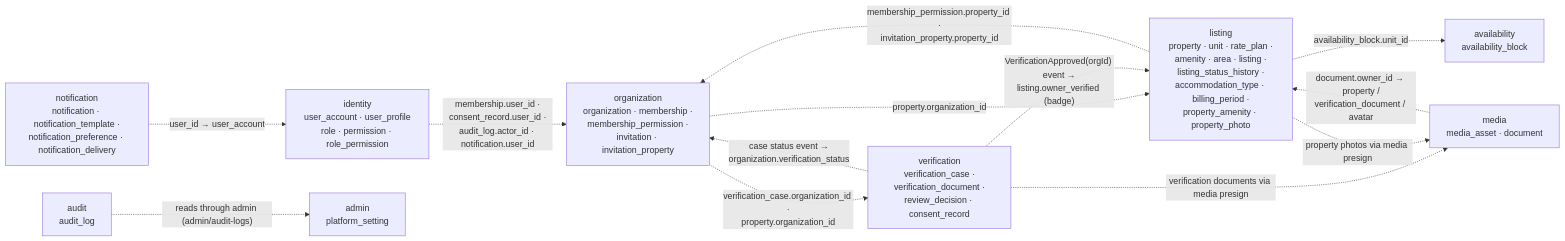
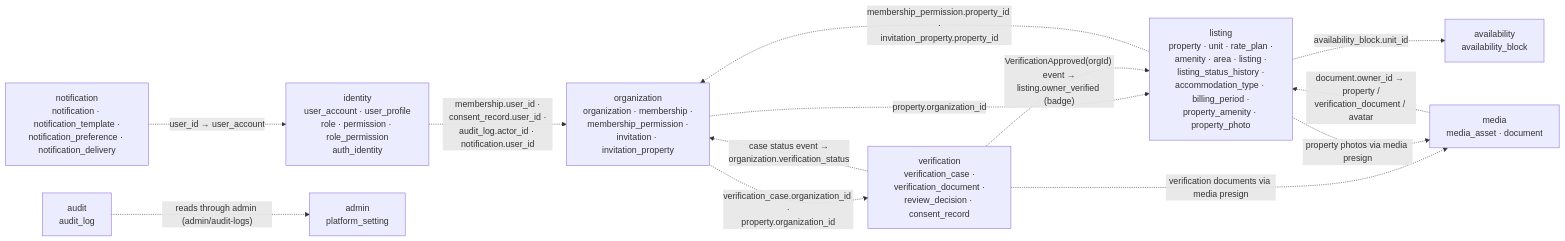
One commit to ObboyeBossman/findstay changed the first of 9 diagrams in docs/design/erd.md. Above: the diagram before and after it, drawn with Mermaid. The commit also changed other lines of this file and 5 other files, not shown here.

First line of the commit message:
feat(db): the vendor id boundary — identity.auth_identity (DEC-S1-04/A)

````diff
--- a/docs/design/erd.md
+++ b/docs/design/erd.md
@@ -64,25 +64,25 @@
 ```mermaid
 flowchart LR
-    ID["identity<br/>user_account · user_profile<br/>role · permission · role_permission"]
+    ID["identity<br/>user_account · user_profile<br/>role · permission · role_permission<br/>auth_identity"]
     ORG["organization<br/>organization · membership ·<br/>membership_permission ·<br/>invitation · invitation_property"]
     VER["verification<br/>verification_case ·<br/>verification_document ·<br/>review_decision · consent_record"]
     LST["listing<br/>property · unit · rate_plan ·<br/>amenity · area · listing ·<br/>listing_status_history ·<br/>accommodation_type · billing_period ·<br/>property_amenity · property_photo"]
     AVL["availability<br/>availability_block"]
     MED["media<br/>media_asset · document"]
     AUD["audit<br/>audit_log"]
     NOT["notification<br/>notification · notification_template ·<br/>notification_preference · notification_delivery"]
     ADM["admin<br/>platform_setting"]
 
     ID -. "membership.user_id ·<br/>consent_record.user_id ·<br/>audit_log.actor_id · notification.user_id" .-> ORG
     ORG -. "verification_case.organization_id ·<br/>property.organization_id" .-> VER
     ORG -. "property.organization_id" .-> LST
     VER -. "VerificationApproved(orgId) event →<br/>listing.owner_verified (badge)" .-> LST
     VER -. "case status event →<br/>organization.verification_status" .-> ORG
     LST -. "availability_block.unit_id" .-> AVL
     LST -. "membership_permission.property_id ·<br/>invitation_property.property_id" .-> ORG
     MED -. "document.owner_id → property /<br/>verification_document / avatar" .-> LST
     VER -. "verification documents via media presign" .-> MED
     LST -. "property photos via media presign" .-> MED
     AUD -. "reads through admin (admin/audit-logs)" .-> ADM
     NOT -. "user_id → user_account" .-> ID
 ```
````
